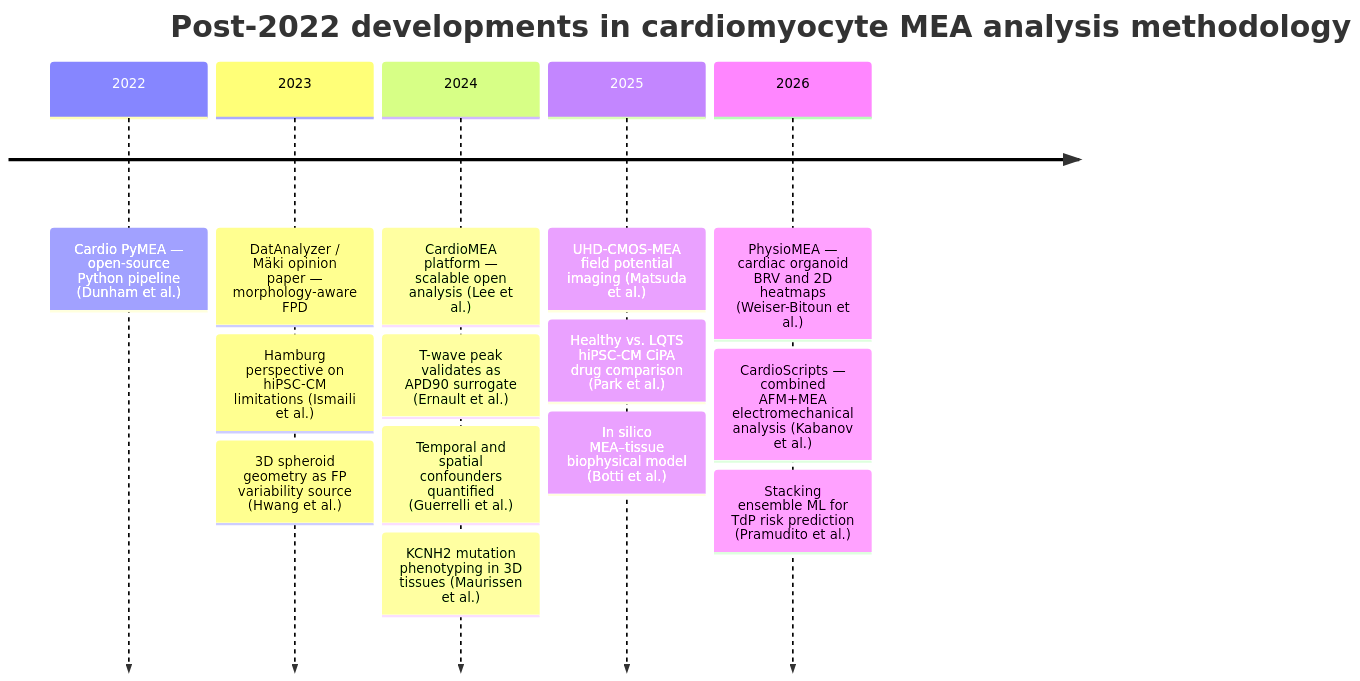
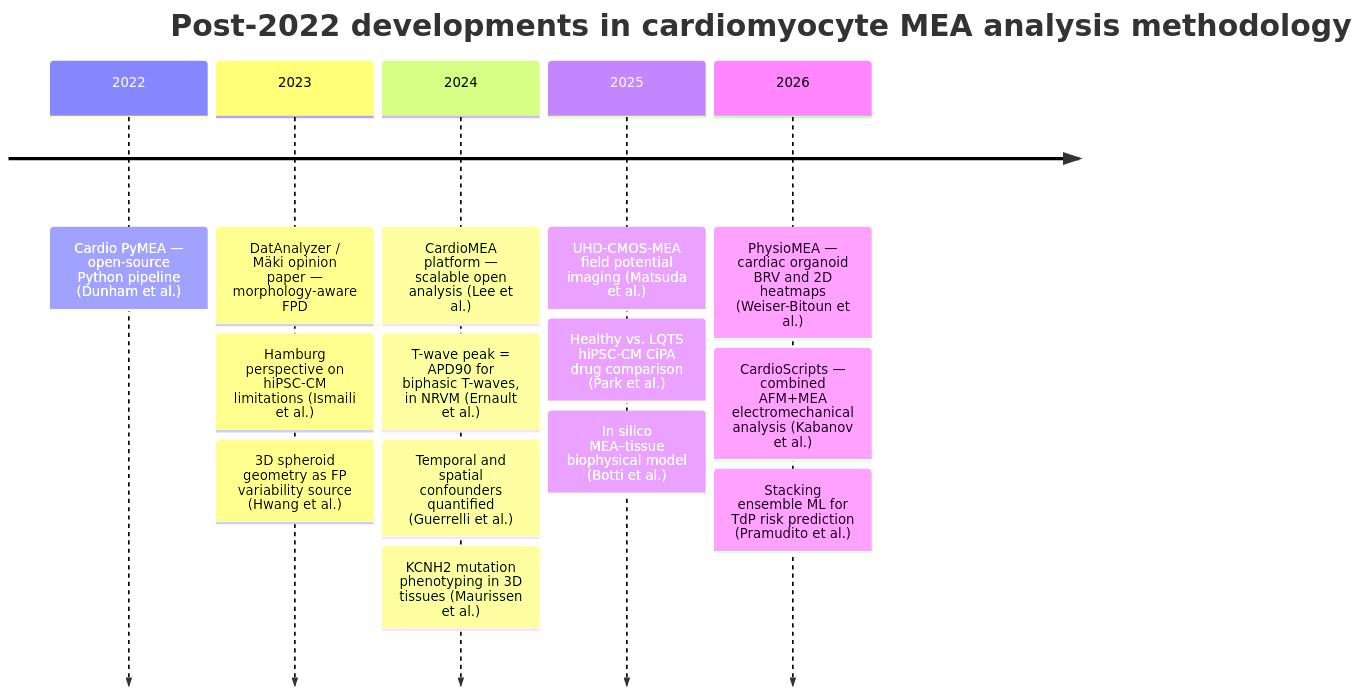
Before and after one commit to AnaHill/MEA_review_llm_wiki: the first of 2 diagrams in main.md, drawn with Mermaid. The commit also changed other lines of this file and 3 other files, not shown here.

Commit message:
update after Ernault figure analysis

````diff
--- a/main.md
+++ b/main.md
@@ -30,18 +30,18 @@
 ```mermaid
 timeline
     title Post-2022 developments in cardiomyocyte MEA analysis methodology
     2022 : Cardio PyMEA — open-source Python pipeline (Dunham et al.)
     2023 : DatAnalyzer / Mäki opinion paper — morphology-aware FPD
          : Hamburg perspective on hiPSC-CM limitations (Ismaili et al.)
          : 3D spheroid geometry as FP variability source (Hwang et al.)
     2024 : CardioMEA platform — scalable open analysis (Lee et al.)
-         : T-wave peak validates as APD90 surrogate (Ernault et al.)
+         : T-wave peak = APD90 for biphasic T-waves, in NRVM (Ernault et al.)
          : Temporal and spatial confounders quantified (Guerrelli et al.)
          : KCNH2 mutation phenotyping in 3D tissues (Maurissen et al.)
     2025 : UHD-CMOS-MEA field potential imaging (Matsuda et al.)
          : Healthy vs. LQTS hiPSC-CM CiPA drug comparison (Park et al.)
          : In silico MEA–tissue biophysical model (Botti et al.)
     2026 : PhysioMEA — cardiac organoid BRV and 2D heatmaps (Weiser-Bitoun et al.)
          : CardioScripts — combined AFM+MEA electromechanical analysis (Kabanov et al.)
          : Stacking ensemble ML for TdP risk prediction (Pramudito et al.)
 ```
````
